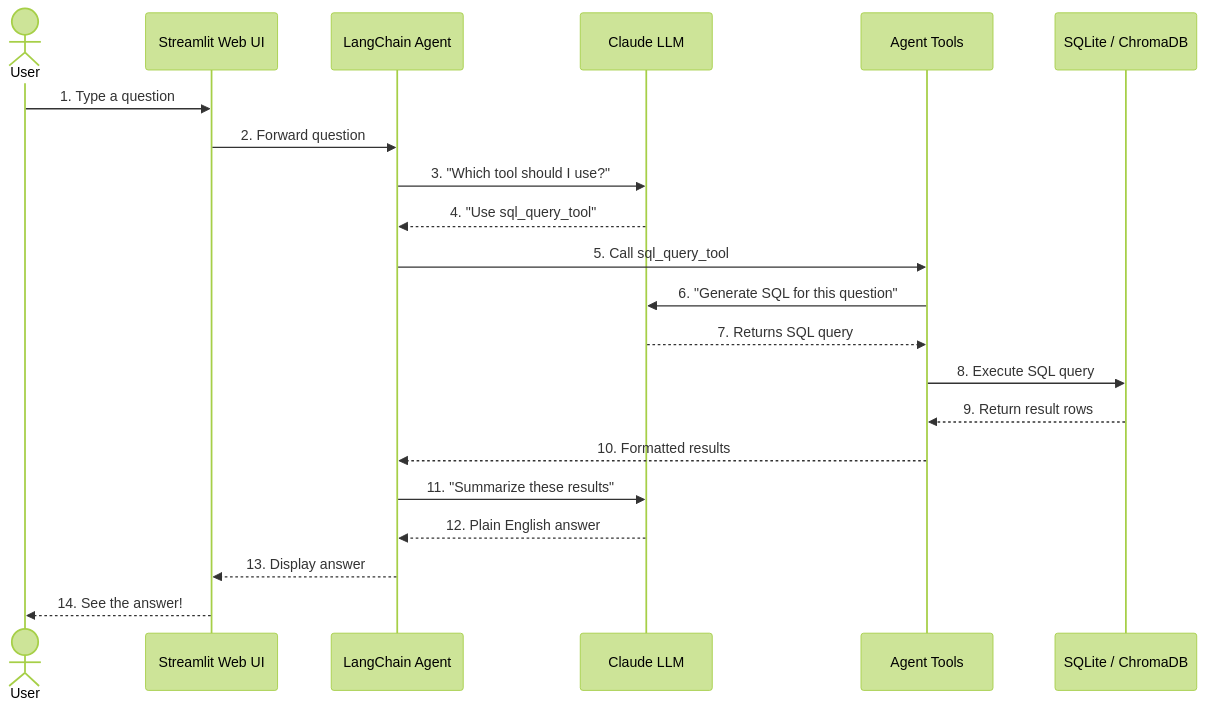
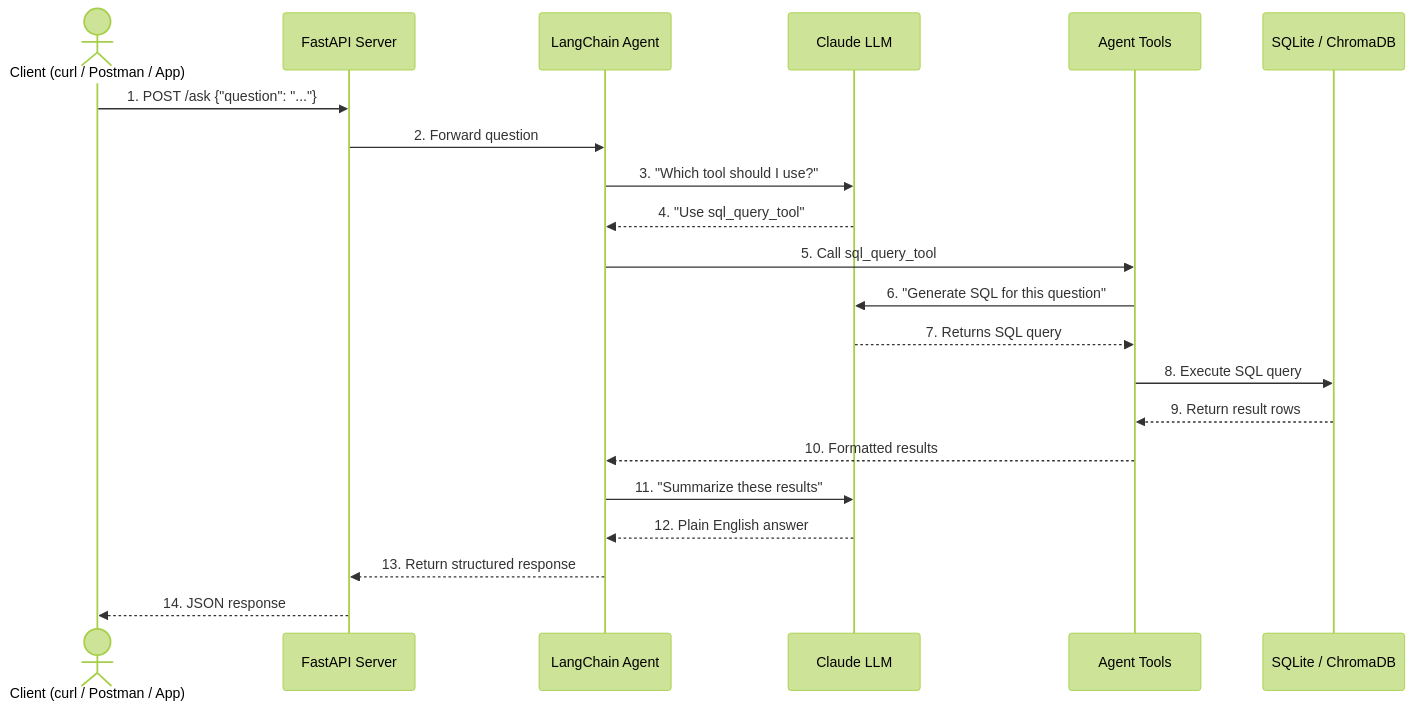
One commit to aakashkumar1980/certifications-aiml changed the first of 3 diagrams in dimo_project/campaign_performance_analysis/README.md. Above: the diagram before and after it, drawn with Mermaid (forest theme). The commit also changed other lines of this file and 2 other files, not shown here.

First line of the commit message:
Replace Streamlit UI with FastAPI REST API

````diff
--- a/dimo_project/campaign_performance_analysis/README.md
+++ b/dimo_project/campaign_performance_analysis/README.md
@@ -145,24 +145,24 @@
 ```mermaid
 sequenceDiagram
-    actor User
-    participant UI as Streamlit Web UI
+    actor Client as Client (curl / Postman / App)
+    participant API as FastAPI Server
     participant Agent as LangChain Agent
     participant LLM as Claude LLM
     participant Tools as Agent Tools
     participant DB as SQLite / ChromaDB
 
-    User->>UI: 1. Type a question
-    UI->>Agent: 2. Forward question
+    Client->>API: 1. POST /ask {"question": "..."}
+    API->>Agent: 2. Forward question
     Agent->>LLM: 3. "Which tool should I use?"
     LLM-->>Agent: 4. "Use sql_query_tool"
     Agent->>Tools: 5. Call sql_query_tool
     Tools->>LLM: 6. "Generate SQL for this question"
     LLM-->>Tools: 7. Returns SQL query
     Tools->>DB: 8. Execute SQL query
     DB-->>Tools: 9. Return result rows
     Tools-->>Agent: 10. Formatted results
     Agent->>LLM: 11. "Summarize these results"
     LLM-->>Agent: 12. Plain English answer
-    Agent-->>UI: 13. Display answer
-    UI-->>User: 14. See the answer!
+    Agent-->>API: 13. Return structured response
+    API-->>Client: 14. JSON response
 ```
````
